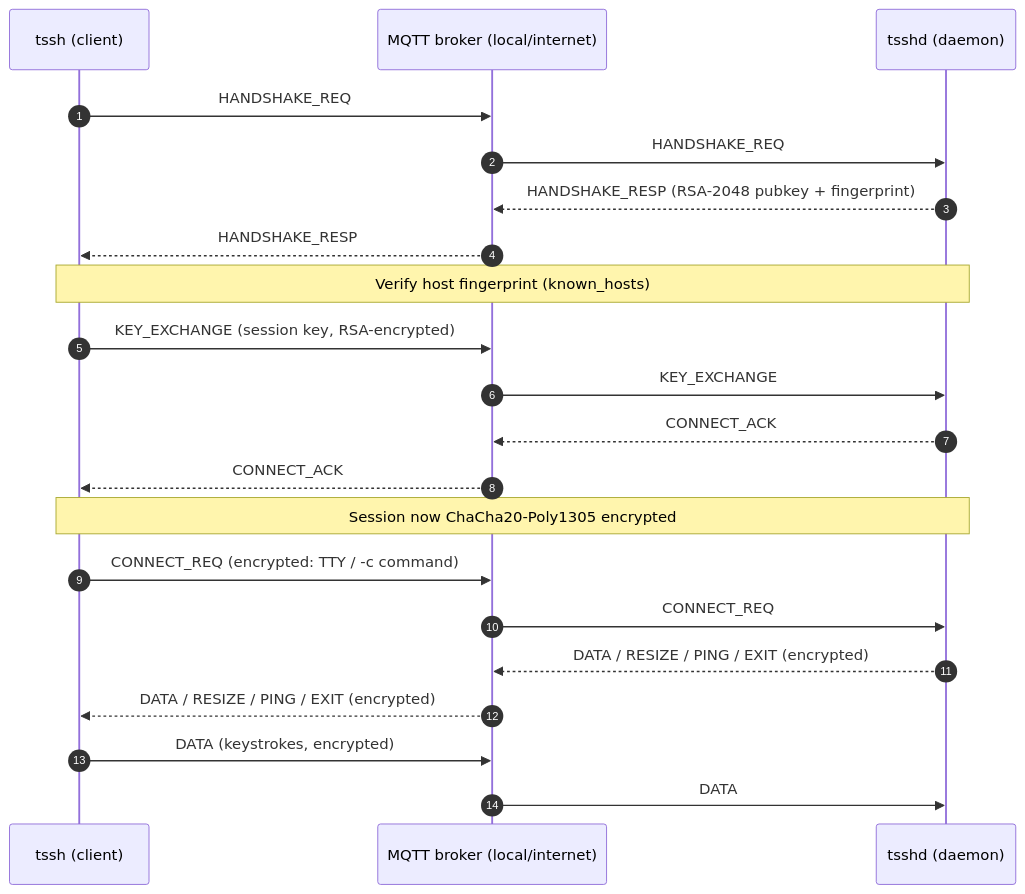
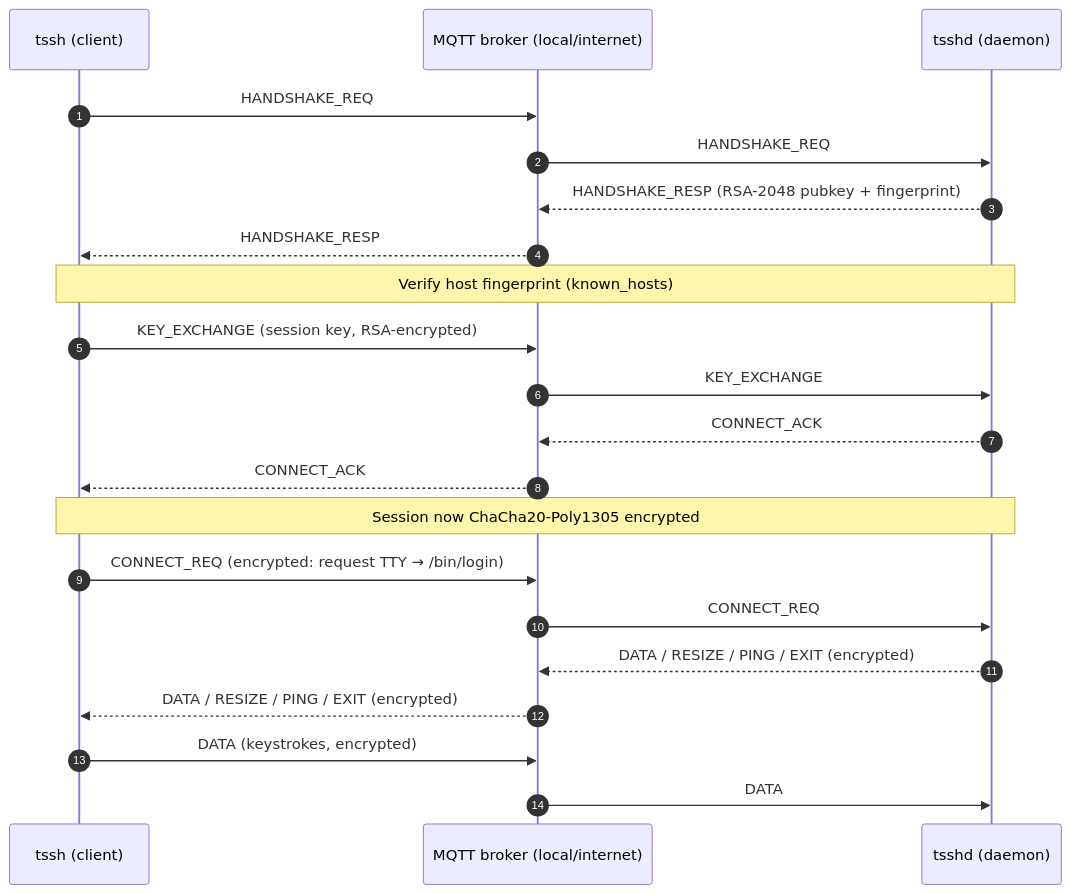
The diagram in README.md (codeforged/tsix), drawn with Mermaid before and after one commit. The commit also changed other lines of this file and 6 other files, not shown here.

````diff
--- a/README.md
+++ b/README.md
@@ -126,28 +126,28 @@
 ```mermaid
 sequenceDiagram
     autonumber
     participant C as tssh (client)
     participant B as MQTT broker (local/internet)
     participant S as tsshd (daemon)
 
     C->>B: HANDSHAKE_REQ
     B->>S: HANDSHAKE_REQ
     S-->>B: HANDSHAKE_RESP (RSA-2048 pubkey + fingerprint)
     B-->>C: HANDSHAKE_RESP
 
     Note over C,S: Verify host fingerprint (known_hosts)
 
     C->>B: KEY_EXCHANGE (session key, RSA-encrypted)
     B->>S: KEY_EXCHANGE
     S-->>B: CONNECT_ACK
     B-->>C: CONNECT_ACK
 
     Note over C,S: Session now ChaCha20-Poly1305 encrypted
 
-    C->>B: CONNECT_REQ (encrypted: TTY / -c command)
+    C->>B: CONNECT_REQ (encrypted: request TTY → /bin/login)
     B->>S: CONNECT_REQ
     S-->>B: DATA / RESIZE / PING / EXIT (encrypted)
     B-->>C: DATA / RESIZE / PING / EXIT (encrypted)
     C->>B: DATA (keystrokes, encrypted)
     B->>S: DATA
 ```
````
